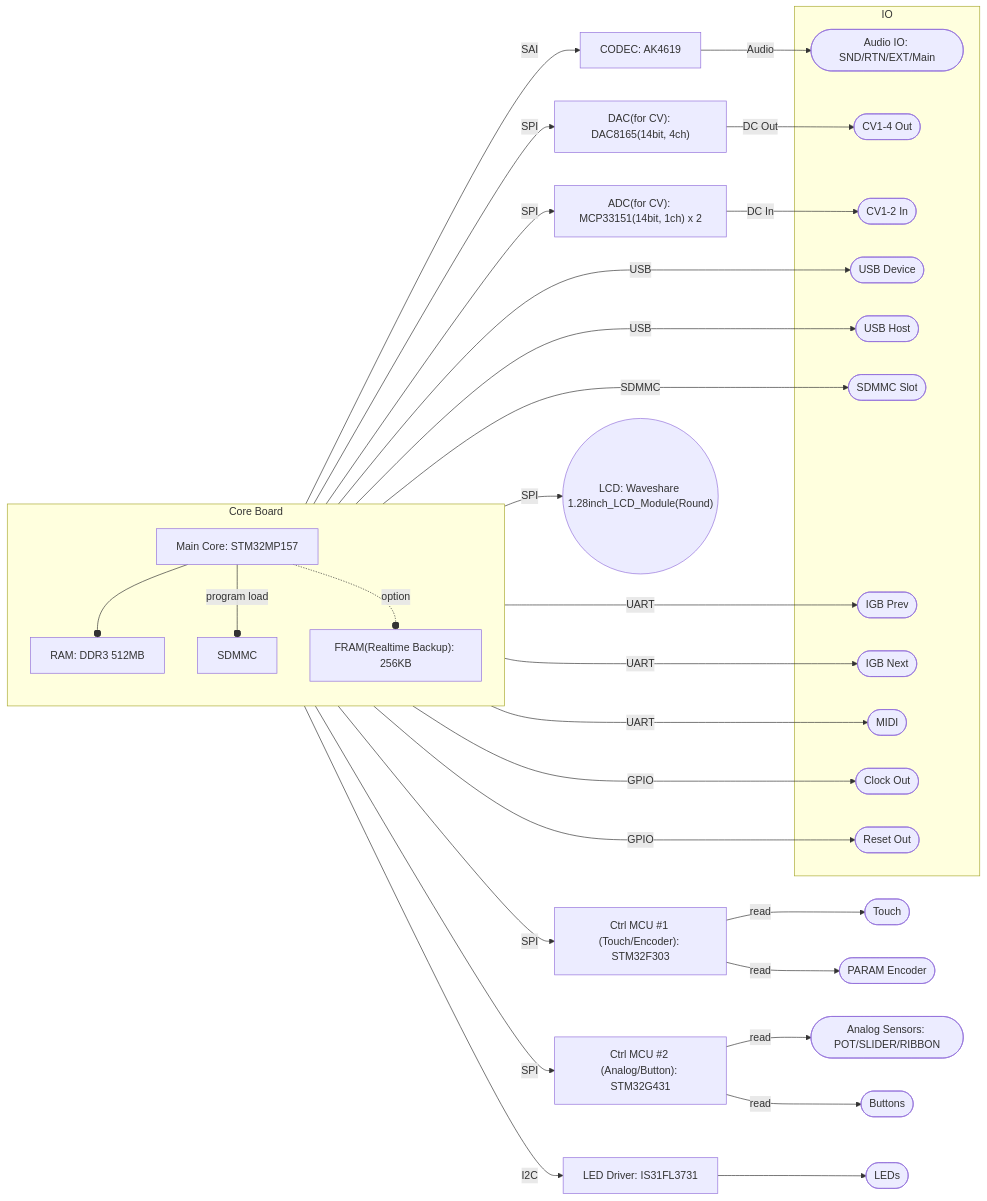
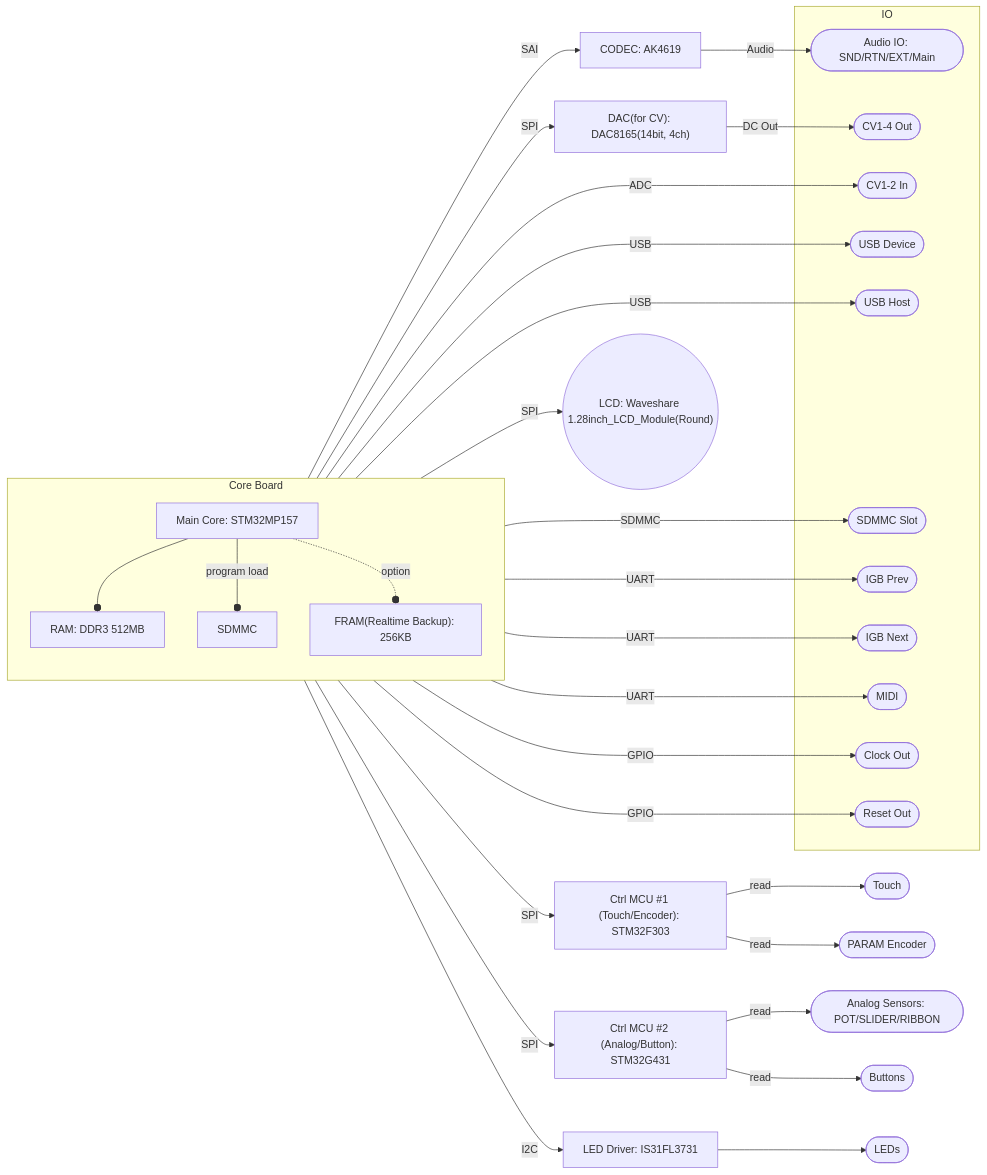
One commit to centrevillage/igb_spec changed the diagram in devices/igb01/IGB01_hardsare_spec.md. Above: the diagram before and after it, drawn with Mermaid.

Commit message:
use Core Board ADC

````diff
--- a/devices/igb01/IGB01_hardsare_spec.md
+++ b/devices/igb01/IGB01_hardsare_spec.md
@@ -3,44 +3,44 @@
 ```mermaid
 flowchart LR
   MainCore["Main Core: STM32MP157"]
   MainRAM["RAM: DDR3 512MB"]
   MainFlash["SDMMC"]
   FRAM["FRAM(Realtime Backup): 256KB"]
   subgraph CoreBoard["Core Board"]
     MainCore --o MainRAM
     MainCore -- "program load" --o MainFlash
     MainCore -. "option" .-o FRAM
   end
   CoreBoard -- "SAI" --> Codec["CODEC: AK4619"] -- "Audio" --> AudioIO(["Audio IO: SND/RTN/EXT/Main"])
   CoreBoard -- "SPI" --> CtrlMCU1["Ctrl MCU #1 (Touch/Encoder): STM32F303"] -- "read" --> Touchh(["Touch"])
   CtrlMCU1 -- "read" --> ParamEncoder(["PARAM Encoder"])
   CoreBoard -- "SPI" --> CtrlMCU2["Ctrl MCU #2 (Analog/Button): STM32G431"] -- "read" --> AnalogSensors(["Analog Sensors: POT/SLIDER/RIBBON"])
   CtrlMCU2 -- "read" --> Buttons(["Buttons"])
   CoreBoard -- "SPI" --> DAC["DAC(for CV): DAC8165(14bit, 4ch)"] -- "DC Out" --> CVOut(["CV1-4 Out"])
-  CoreBoard -- "SPI" --> ADC["ADC(for CV): MCP33151(14bit, 1ch) x 2"] -- "DC In" --> CVIn(["CV1-2 In"])
+  CoreBoard -- "ADC" --> CVIn(["CV1-2 In"])
   CoreBoard -- "I2C" --> LEDDriver["LED Driver: IS31FL3731"] --> LEDs(["LEDs"])
   CoreBoard -- "SPI" --> LCD(("LCD: Waveshare 1.28inch_LCD_Module(Round)"))
   CoreBoard -- "USB" --> USBDevice(["USB Device"])
   CoreBoard -- "USB" --> USBHost(["USB Host"])
   CoreBoard -- "SDMMC" --> ExtSDMMC(["SDMMC Slot"])
   CoreBoard -- "UART" --> IGBPrev(["IGB Prev"])
   CoreBoard -- "UART" --> IGBNext(["IGB Next"])
   CoreBoard -- "UART" --> MIDI(["MIDI"])
   CoreBoard -- "GPIO" --> ClockOut(["Clock Out"])
   CoreBoard -- "GPIO" --> ResetOut(["Reset Out"])
   subgraph IOCon["IO"]
     AudioIO
     CVOut
     CVIn
     ClockOut
     ResetOut
     USBDevice
     USBHost
     ExtSDMMC
     IGBPrev
     IGBNext
     MIDI
     ClockOut
     ResetOut
   end
 ```
````
